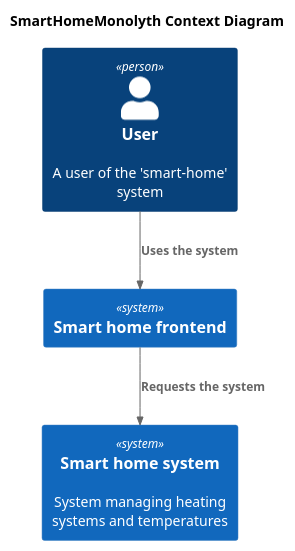
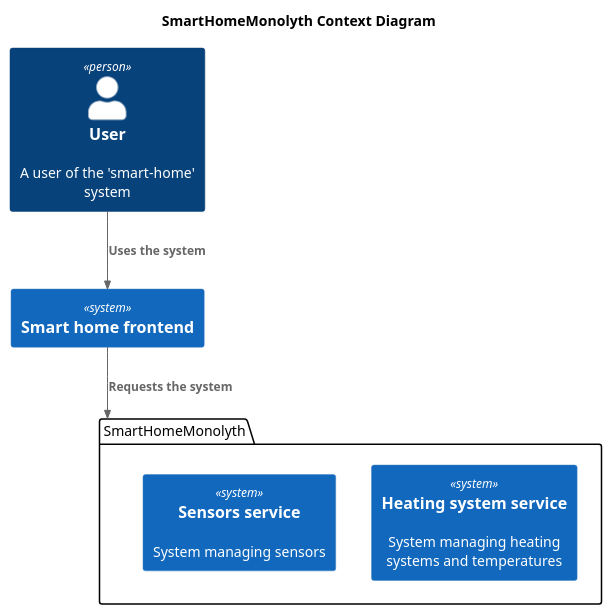
The diagram in smart-home-monolith/src/main/resources/uml/Context_monolyth.puml (yauheni-taranau/architecture-sprint-3), drawn with PlantUML before and after one commit. The commit also changed 3 other files, not shown here.

```diff
--- a/smart-home-monolith/src/main/resources/uml/Context_monolyth.puml
+++ b/smart-home-monolith/src/main/resources/uml/Context_monolyth.puml
@@ -1,14 +1,17 @@
 @startuml
 title SmartHomeMonolyth Context Diagram
 
 top to bottom direction
 
 !includeurl https://raw.githubusercontent.com/RicardoNiepel/C4-PlantUML/master/C4_Component.puml
 
 Person(user, "User", "A user of the 'smart-home' system")
 System(SmartHomeFrontend, "Smart home frontend")
-System(SmartHomeMonolyth, "Smart home system", "System managing heating systems and temperatures")
+package "SmartHomeMonolyth" {
+System(HeatingSystemService, "Heating system service", "System managing heating systems and temperatures")
+System(SmartHomeSensorsService, "Sensors service", "System managing sensors")
+}
 
 Rel(user, SmartHomeFrontend, "Uses the system")
 Rel(SmartHomeFrontend, SmartHomeMonolyth, "Requests the system")
 @enduml
```
